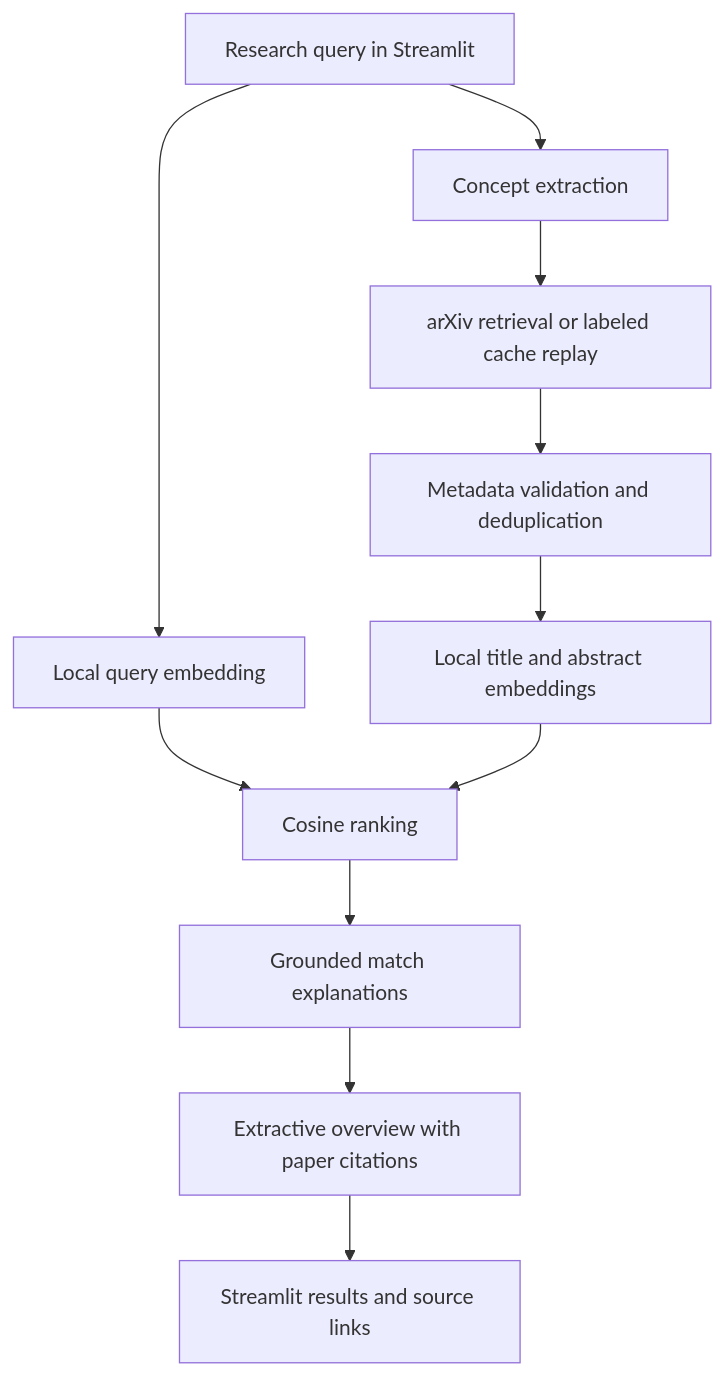
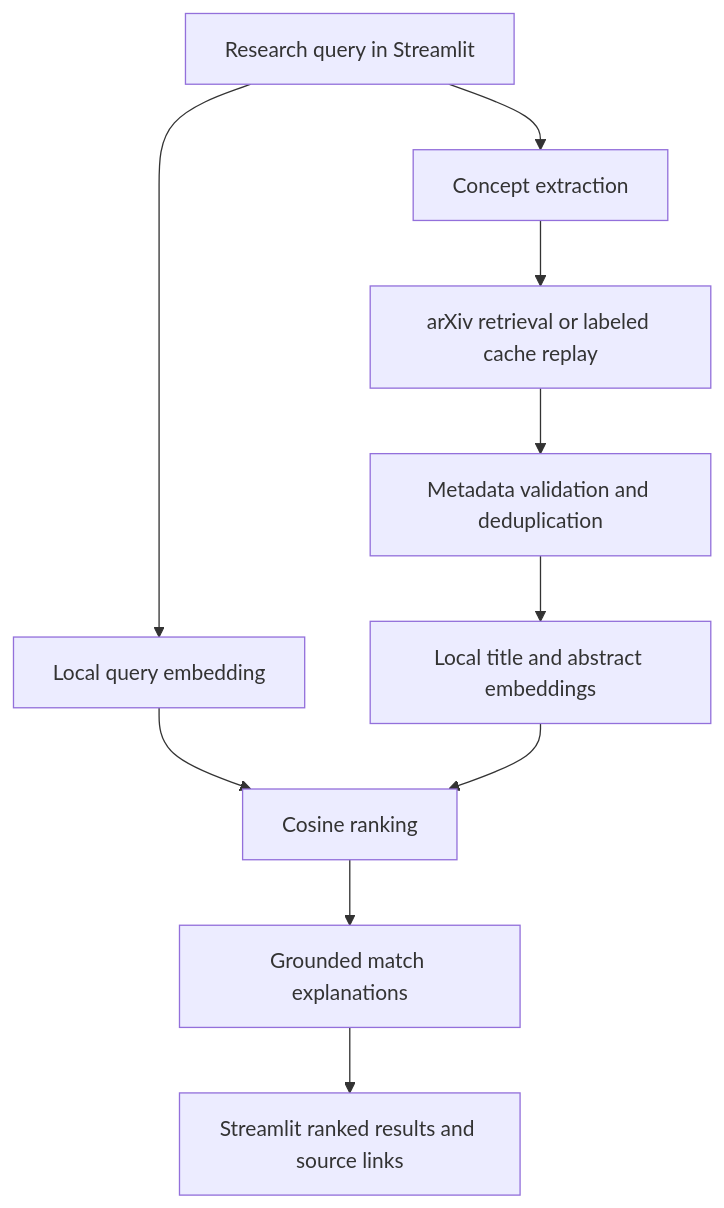
Before and after one commit to ArtemDziuba/Paper-Discovery-Assistant: the diagram in docs/prototype-plan.md, drawn with Mermaid. The commit also changed other lines of this file and 54 other files, not shown here.

````diff
--- a/docs/prototype-plan.md
+++ b/docs/prototype-plan.md
@@ -21,13 +21,12 @@
 ```mermaid
 flowchart TD
     A[Research query in Streamlit] --> B[Concept extraction]
     B --> C[arXiv retrieval or labeled cache replay]
     C --> D[Metadata validation and deduplication]
     A --> E[Local query embedding]
     D --> F[Local title and abstract embeddings]
     E --> G[Cosine ranking]
     F --> G
     G --> H[Grounded match explanations]
-    H --> I[Extractive overview with paper citations]
-    I --> J[Streamlit results and source links]
+    H --> J[Streamlit ranked results and source links]
 ```
````
